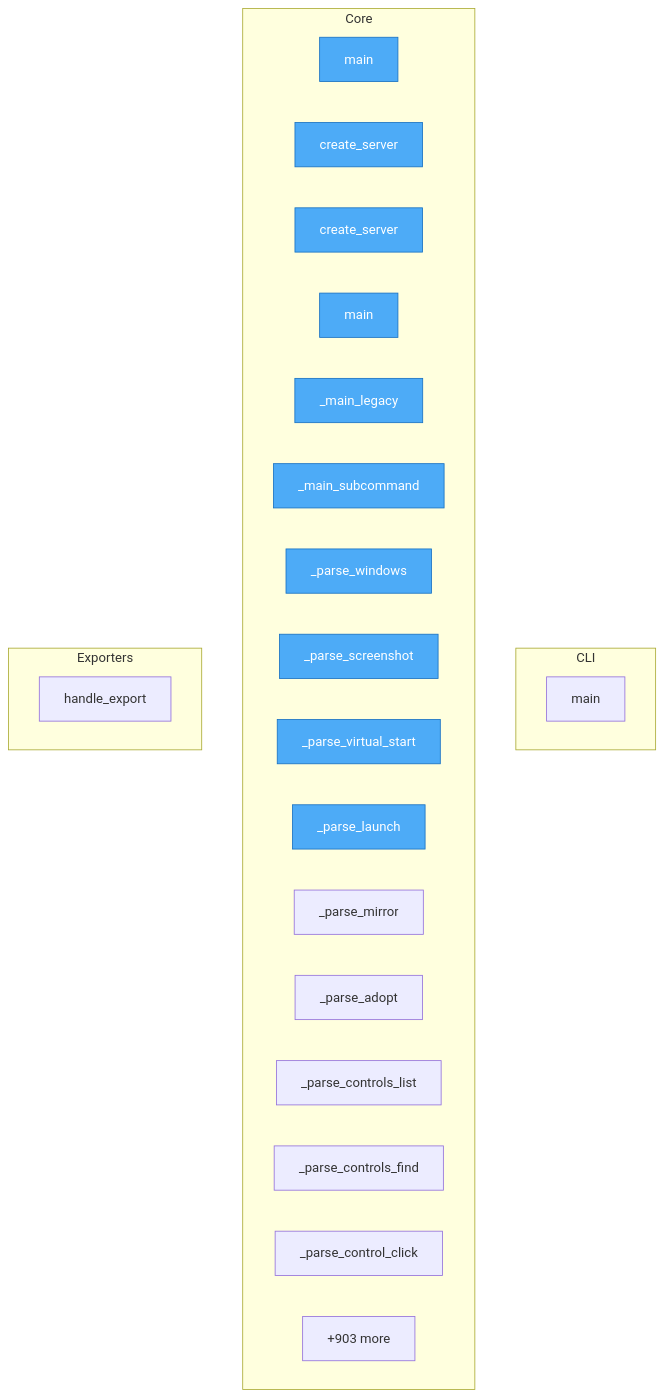
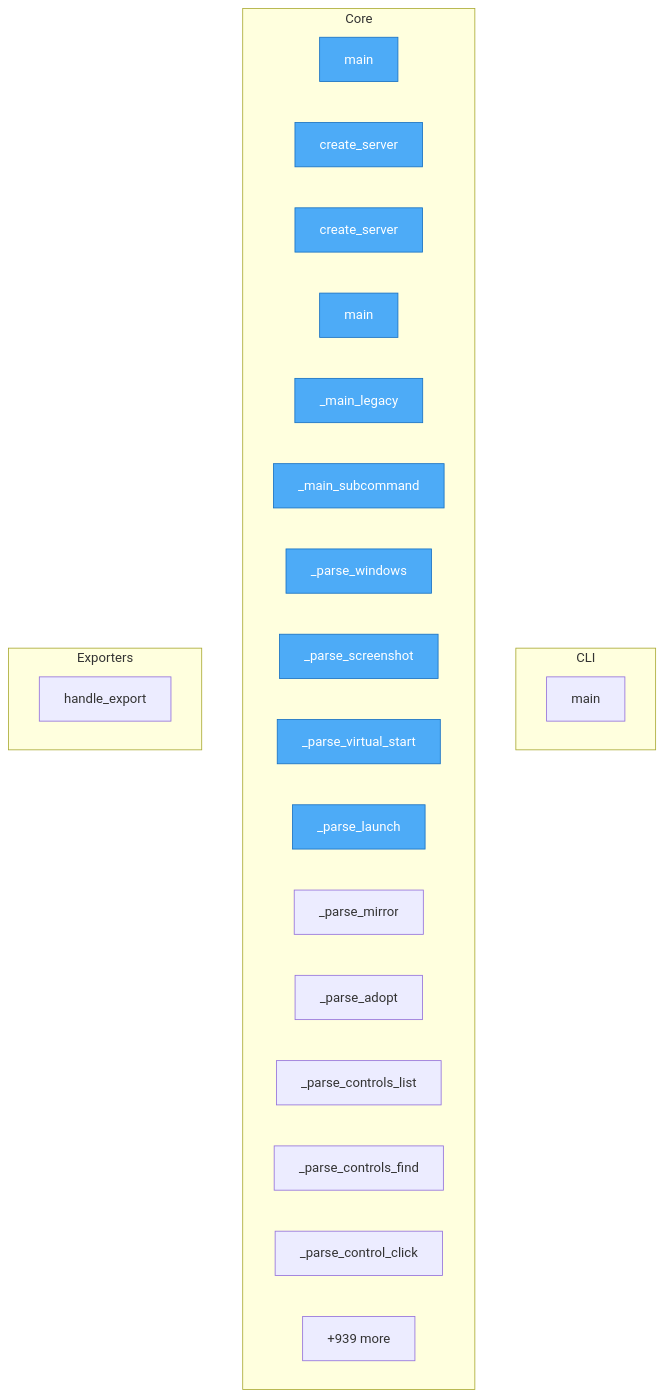
The diagram in project/flow.mmd (wronai/vdisplay), drawn with Mermaid before and after one commit. The commit also changed 109 other files, not shown here.

```diff
--- a/project/flow.mmd
+++ b/project/flow.mmd
@@ -1,34 +1,34 @@
 flowchart TD
-%% generated in 0.18s
+%% generated in 0.26s
 
     %% Entry points (blue)
     classDef entry fill:#4dabf7,stroke:#1971c2,color:#fff
 
     subgraph CLI
         packages__cli2vdisplay__src__cli2vdisplay__cli__main["main"]
     end
 
     subgraph Core
         packages__mcp2vdisplay__src__mcp2vdisplay__cli__main["main"]
         packages__mcp2vdisplay__src__mcp2vdisplay__cli__create_server["create_server"]
         packages__mcp2vdisplay__src__mcp2vdisplay__server__create_server["create_server"]
         packages__dsl2vdisplay__src__dsl2vdisplay__cli__main["main"]
         packages__dsl2vdisplay__src__dsl2vdisplay__cli___main_legacy["_main_legacy"]
         packages__dsl2vdisplay__src__dsl2vdisplay__cli___main_subcommand["_main_subcommand"]
         packages__dsl2vdisplay__src__dsl2vdisplay__grammar___parse_windows["_parse_windows"]
         packages__dsl2vdisplay__src__dsl2vdisplay__grammar___parse_screenshot["_parse_screenshot"]
         packages__dsl2vdisplay__src__dsl2vdisplay__grammar___parse_virtual_start["_parse_virtual_start"]
         packages__dsl2vdisplay__src__dsl2vdisplay__grammar___parse_launch["_parse_launch"]
         packages__dsl2vdisplay__src__dsl2vdisplay__grammar___parse_mirror["_parse_mirror"]
         packages__dsl2vdisplay__src__dsl2vdisplay__grammar___parse_adopt["_parse_adopt"]
         packages__dsl2vdisplay__src__dsl2vdisplay__grammar___parse_controls_list["_parse_controls_list"]
         packages__dsl2vdisplay__src__dsl2vdisplay__grammar___parse_controls_find["_parse_controls_find"]
         packages__dsl2vdisplay__src__dsl2vdisplay__grammar___parse_control_click["_parse_control_click"]
-        ...["+903 more"]
+        ...["+939 more"]
     end
 
     subgraph Exporters
         src__vdisplay__commands__session__handle_export["handle_export"]
     end
 
     class packages__mcp2vdisplay__src__mcp2vdisplay__cli__main,packages__mcp2vdisplay__src__mcp2vdisplay__cli__create_server,packages__mcp2vdisplay__src__mcp2vdisplay__server__create_server,packages__dsl2vdisplay__src__dsl2vdisplay__cli__main,packages__dsl2vdisplay__src__dsl2vdisplay__cli___main_legacy,packages__dsl2vdisplay__src__dsl2vdisplay__cli___main_subcommand,packages__dsl2vdisplay__src__dsl2vdisplay__grammar___parse_windows,packages__dsl2vdisplay__src__dsl2vdisplay__grammar___parse_screenshot,packages__dsl2vdisplay__src__dsl2vdisplay__grammar___parse_virtual_start,packages__dsl2vdisplay__src__dsl2vdisplay__grammar___parse_launch entry
```
